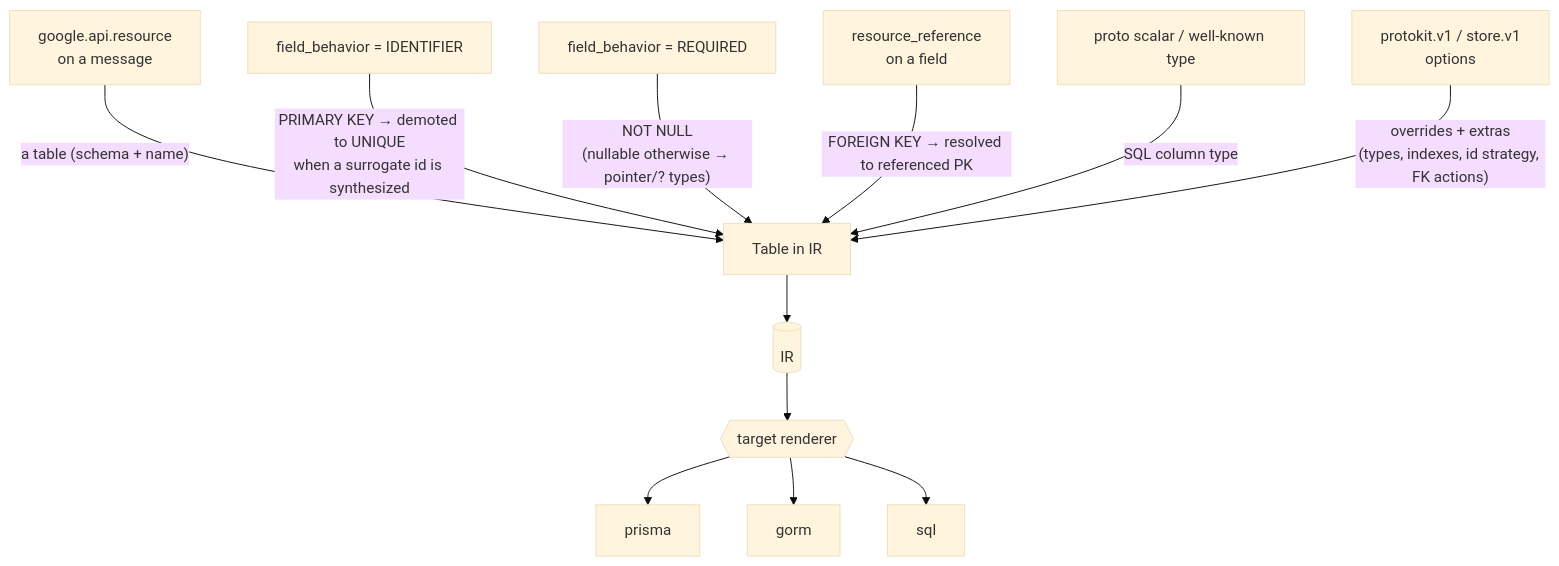
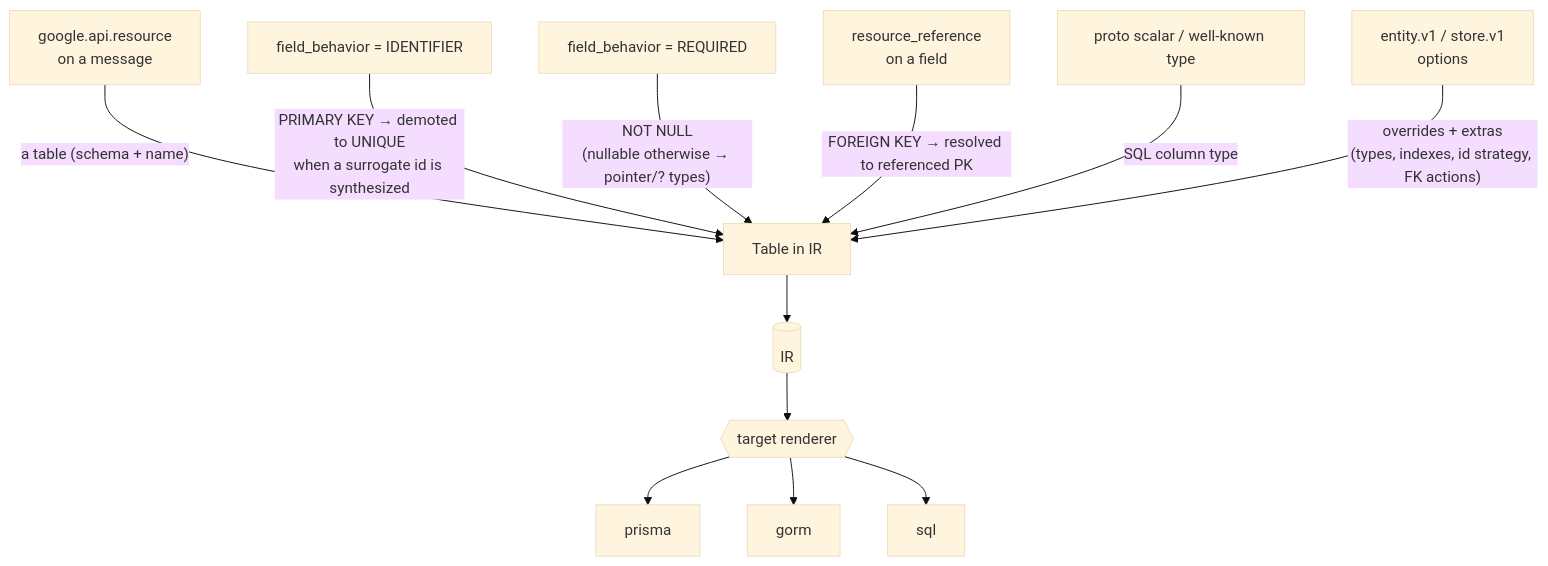
One commit to the-protobuf-project/store changed the second of 4 diagrams in README.md. Above: the diagram before and after it, drawn with Mermaid (base theme). The commit also changed other lines of this file and 242 other files, not shown here.

First line of the commit message:
feat: Introduce entity.v1 schema with table, column, and datasource options

````diff
--- a/README.md
+++ b/README.md
@@ -148,15 +148,15 @@
 ```mermaid
 flowchart TD
     R["google.api.resource<br/>on a message"] -->|"a table (schema + name)"| T["Table in IR"]
     ID["field_behavior = IDENTIFIER"] -->|"PRIMARY KEY → demoted to UNIQUE<br/>when a surrogate id is synthesized"| T
     REQ["field_behavior = REQUIRED"] -->|"NOT NULL<br/>(nullable otherwise → pointer/? types)"| T
     REF["resource_reference<br/>on a field"] -->|"FOREIGN KEY → resolved to referenced PK"| T
     SC["proto scalar / well-known type"] -->|"SQL column type"| T
-    O["protokit.v1 / store.v1<br/>options"] -->|"overrides + extras<br/>(types, indexes, id strategy, FK actions)"| T
+    O["entity.v1 / store.v1<br/>options"] -->|"overrides + extras<br/>(types, indexes, id strategy, FK actions)"| T
 
     T --> IR[("IR")]
     IR --> RENDER{{"target renderer"}}
     RENDER --> PR["prisma"]
     RENDER --> GO["gorm"]
     RENDER --> SQL["sql"]
 ```
````
